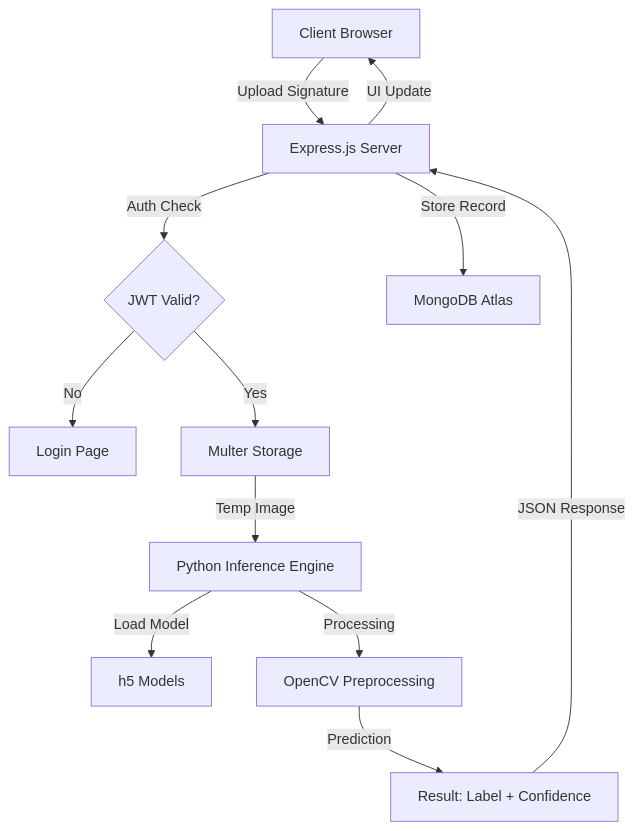
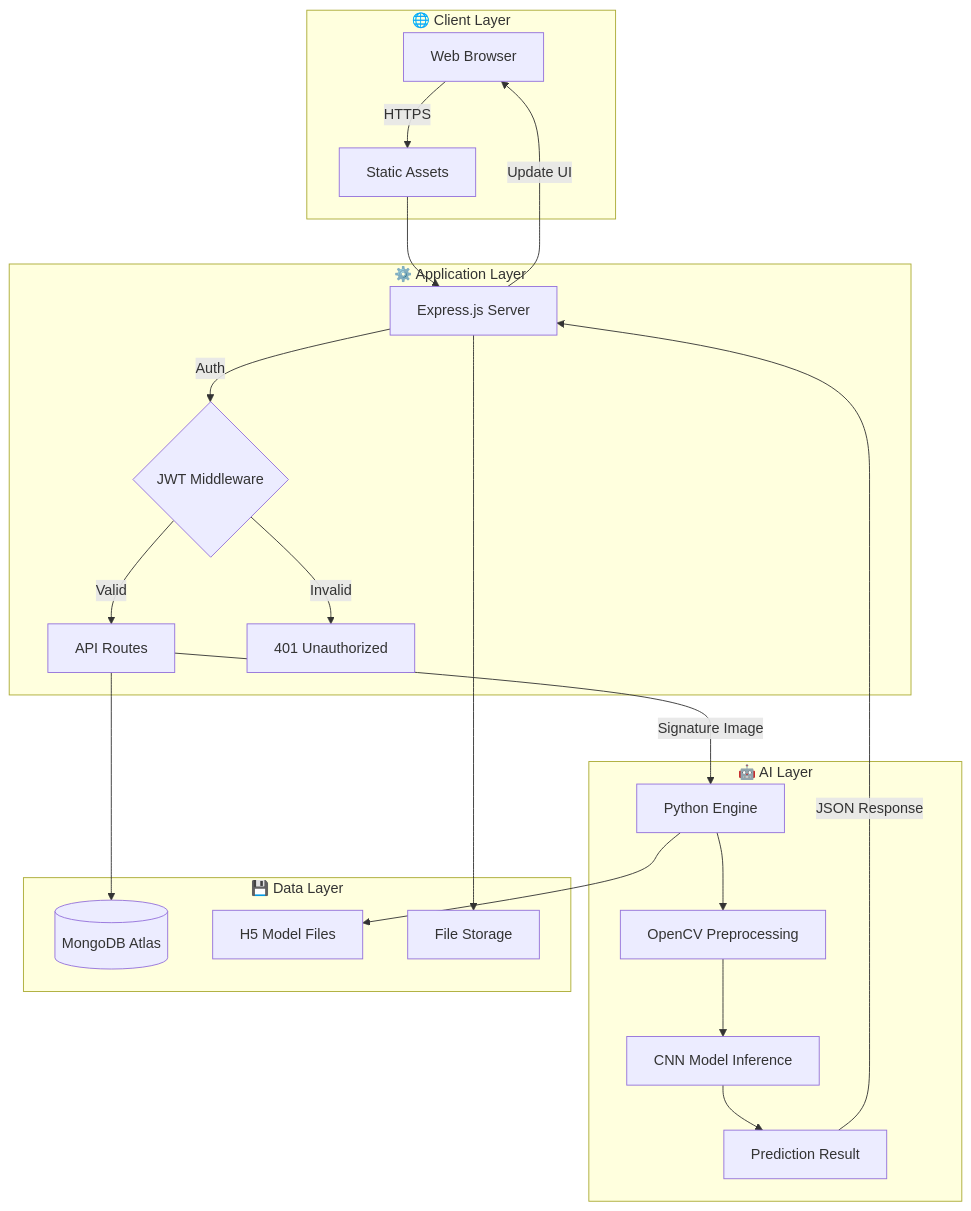
Before and after one commit to rathodvamshi/Signature_verification: the diagram in README.md, drawn with Mermaid. The commit also changed other lines of this file and 29 other files, not shown here.

````diff
--- a/README.md
+++ b/README.md
@@ -50,14 +185,29 @@
 ```mermaid
 graph TD
-    A[Client Browser] -->|Upload Signature| B[Express.js Server]
-    B -->|Auth Check| C{JWT Valid?}
-    C -->|No| D[Login Page]
-    C -->|Yes| E[Multer Storage]
-    E -->|Temp Image| F[Python Inference Engine]
-    F -->|Load Model| G[h5 Models]
-    F -->|Processing| H[OpenCV Preprocessing]
-    H -->|Prediction| I[Result: Label + Confidence]
-    I -->|JSON Response| B
-    B -->|Store Record| J[MongoDB Atlas]
-    B -->|UI Update| A
+    subgraph "🌐 Client Layer"
+        A[Web Browser] -->|HTTPS| B[Static Assets]
+    end
+    
+    subgraph "⚙️ Application Layer"
+        B --> C[Express.js Server]
+        C -->|Auth| D{JWT Middleware}
+        D -->|Valid| E[API Routes]
+        D -->|Invalid| F[401 Unauthorized]
+    end
+    
+    subgraph "🤖 AI Layer"
+        E -->|Signature Image| G[Python Engine]
+        G --> H[OpenCV Preprocessing]
+        H --> I[CNN Model Inference]
+        I --> J[Prediction Result]
+    end
+    
+    subgraph "💾 Data Layer"
+        E --> K[(MongoDB Atlas)]
+        G --> L[H5 Model Files]
+        C --> M[File Storage]
+    end
+    
+    J -->|JSON Response| C
+    C -->|Update UI| A
 ```
````
